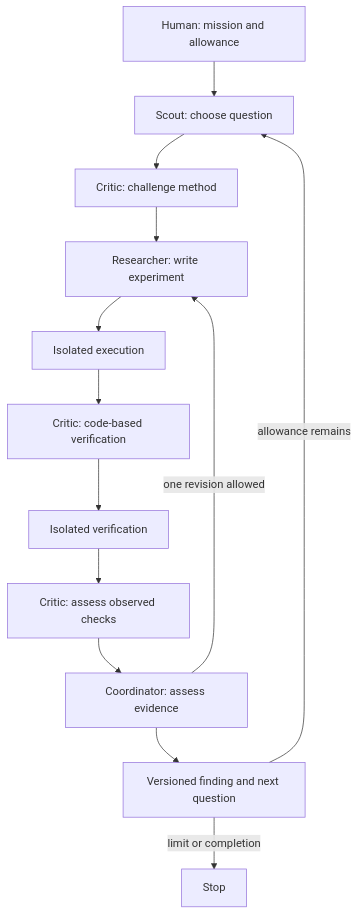
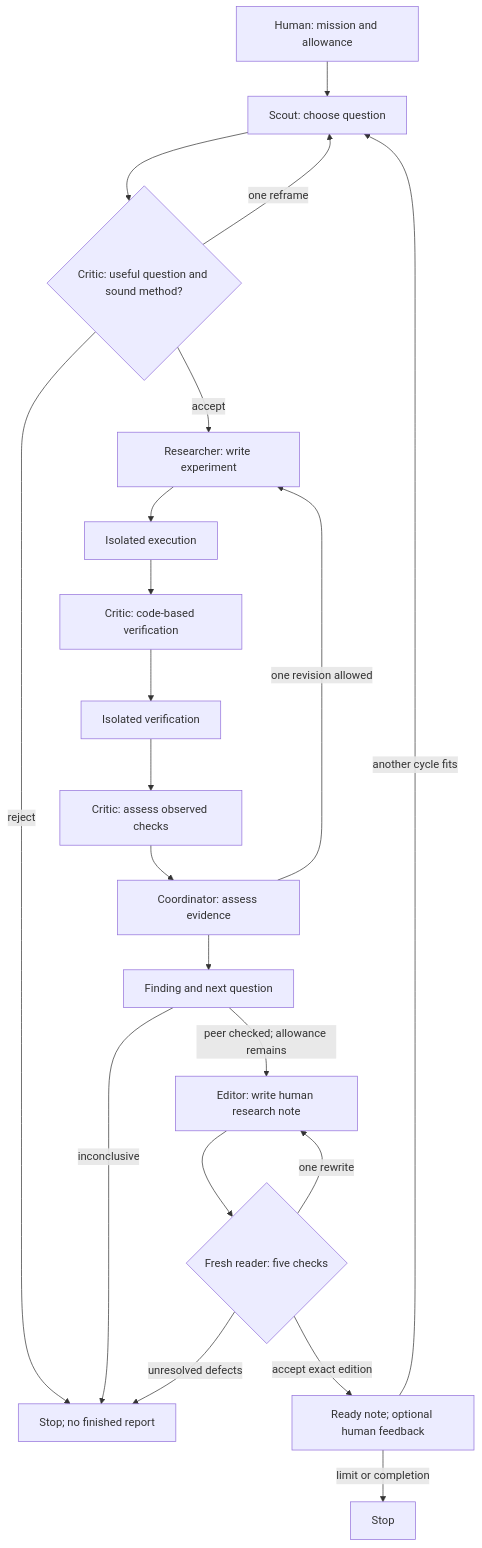
One commit to Milbaxter/emergence-lab changed the diagram in docs/autonomy-design.md. Above: the diagram before and after it, drawn with Mermaid. The commit also changed other lines of this file and 15 other files, not shown here.

Commit message:
Require useful questions and reviewed human research notes

````diff
--- a/docs/autonomy-design.md
+++ b/docs/autonomy-design.md
@@ -26,15 +26,23 @@
 ```mermaid
 flowchart TD
   H[Human: mission and allowance] --> S[Scout: choose question]
-  S --> C[Critic: challenge method]
-  C --> R[Researcher: write experiment]
+  S --> C{Critic: useful question and sound method?}
+  C -->|one reframe| S
+  C -->|reject| E[Stop; no finished report]
+  C -->|accept| R[Researcher: write experiment]
   R --> X[Isolated execution]
   X --> V[Critic: code-based verification]
   V --> Y[Isolated verification]
   Y --> A[Critic: assess observed checks]
   A --> K[Coordinator: assess evidence]
   K -->|one revision allowed| R
-  K --> M[Versioned finding and next question]
-  M -->|allowance remains| S
-  M -->|limit or completion| E[Stop]
+  K --> M[Finding and next question]
+  M -->|peer checked; allowance remains| W[Editor: write human research note]
+  M -->|inconclusive| E
+  W --> F{Fresh reader: five checks}
+  F -->|one rewrite| W
+  F -->|unresolved defects| E
+  F -->|accept exact edition| O[Ready note; optional human feedback]
+  O -->|another cycle fits| S
+  O -->|limit or completion| Z[Stop]
 ```
````
